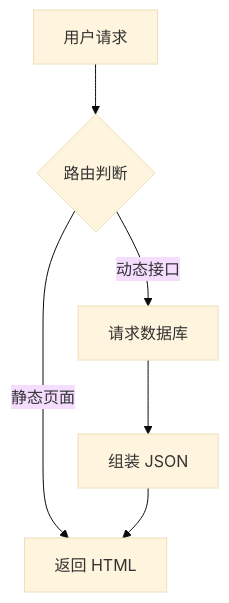
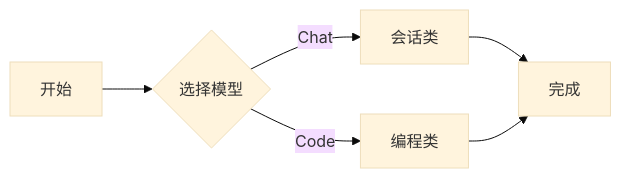
One commit to flycodeu/FlyCodeCenter changed the diagram in src/content/blog/mdx-components-test.mdx. Above: the diagram before and after it, drawn with Mermaid (base theme). The commit also changed other lines of this file and 193 other files, not shown here.

````diff
--- a/src/content/blog/mdx-components-test.mdx
+++ b/src/content/blog/mdx-components-test.mdx
@@ -57,8 +52,8 @@
 ```mermaid
-graph TD
-    A[用户请求] --> B{路由判断}
-    B -- 静态页面 --> C[返回 HTML]
-    B -- 动态接口 --> D[请求数据库]
-    D --> E[组装 JSON]
-    E --> C
+flowchart LR
+  A[开始] --> B{选择模型}
+  B -->|Chat| C[会话类]
+  B -->|Code| D[编程类]
+  C --> E[完成]
+  D --> E
 ```
````
